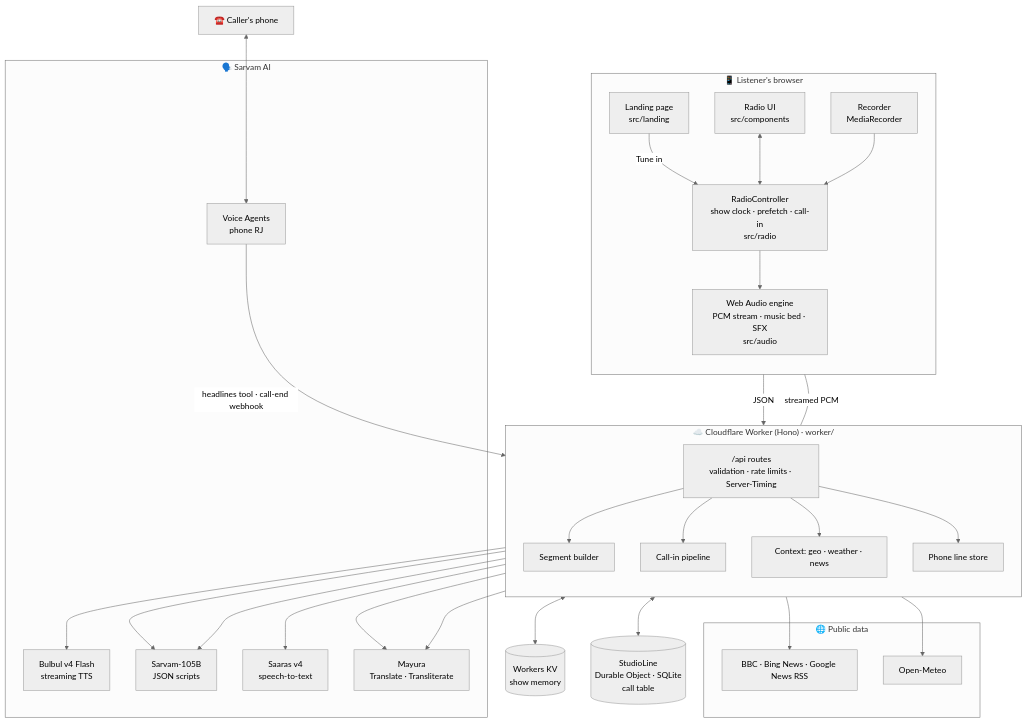
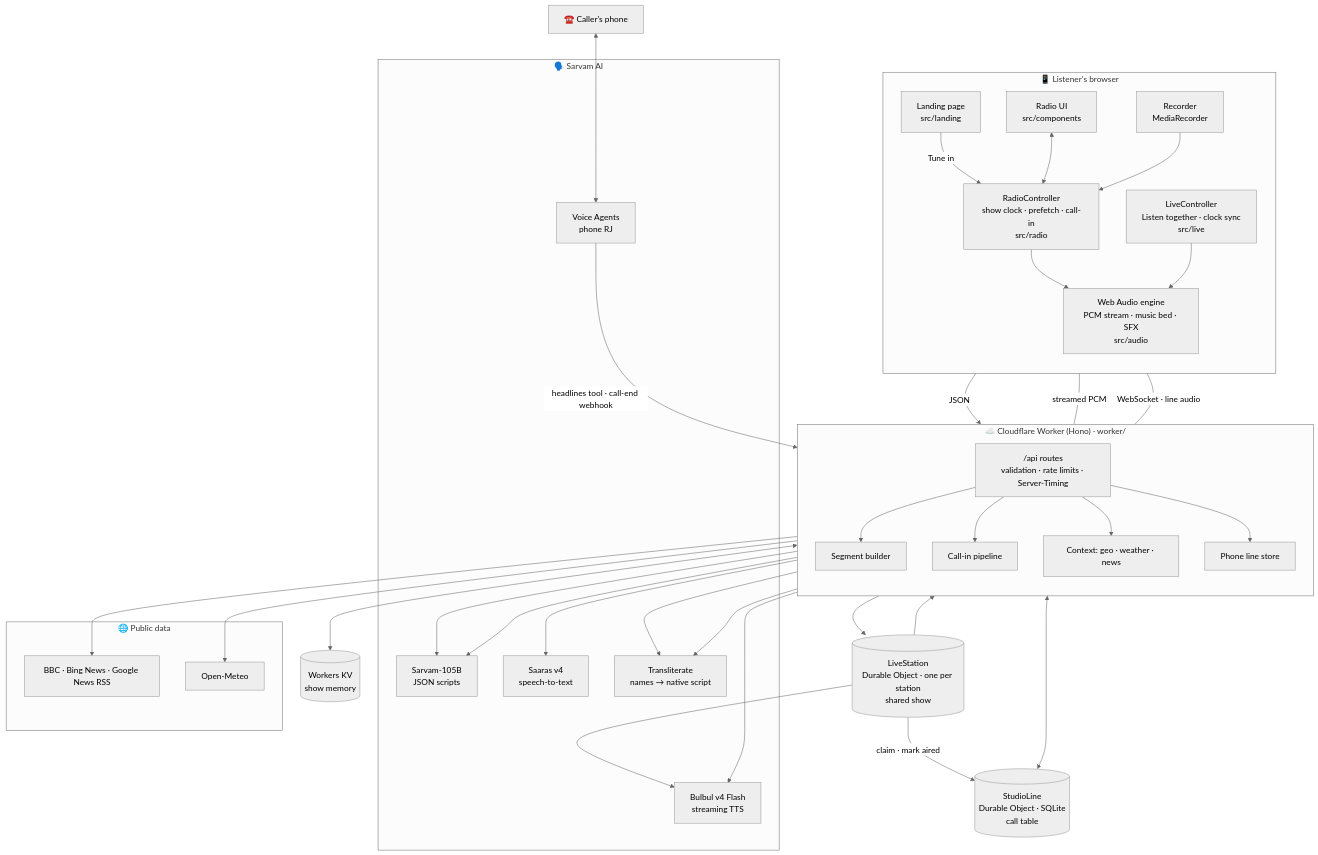
The first of 19 diagrams in docs/ARCHITECTURE.md (harshbhx/tarang-fm), drawn with Mermaid (neutral theme) before and after one commit. The commit also changed other lines of this file and 5 other files, not shown here.

Commit message:
docs: Listen together, its screenshots, and subtitles written with the script

````diff
--- a/docs/ARCHITECTURE.md
+++ b/docs/ARCHITECTURE.md
@@ -28,53 +29,60 @@
 ```mermaid
 flowchart TB
   subgraph Listener["📱 Listener's browser"]
     direction TB
     LAND["Landing page<br/>src/landing"]
     RADIO["Radio UI<br/>src/components"]
     CTRL["RadioController<br/>show clock · prefetch · call-in<br/>src/radio"]
     ENG["Web Audio engine<br/>PCM stream · music bed · SFX<br/>src/audio"]
     REC["Recorder<br/>MediaRecorder"]
+    LIVEC["LiveController<br/>Listen together · clock sync<br/>src/live"]
     LAND -->|Tune in| CTRL
     RADIO <--> CTRL
     CTRL --> ENG
     REC --> CTRL
+    LIVEC --> ENG
   end
 
   subgraph Edge["☁️ Cloudflare Worker (Hono) · worker/"]
     direction TB
     API["/api routes<br/>validation · rate limits · Server-Timing"]
     SEG["Segment builder"]
     CALL["Call-in pipeline"]
     CTX["Context: geo · weather · news"]
     PH["Phone line store"]
     API --> SEG & CALL & CTX & PH
   end
 
   subgraph Sarvam["🗣️ Sarvam AI"]
     TTS["Bulbul v4 Flash<br/>streaming TTS"]
     LLM["Sarvam-105B<br/>JSON scripts"]
     STT["Saaras v4<br/>speech-to-text"]
-    TR["Mayura<br/>Translate · Transliterate"]
+    TR["Transliterate<br/>names → native script"]
     VA["Voice Agents<br/>phone RJ"]
   end
 
   subgraph Outside["🌐 Public data"]
     NEWS["BBC · Bing News · Google News RSS"]
     WX["Open-Meteo"]
   end
 
   KV[("Workers KV<br/>show memory")]
   DO[("StudioLine<br/>Durable Object · SQLite<br/>call table")]
+  LIVE[("LiveStation<br/>Durable Object · one per station<br/>shared show")]
   PHONE["☎️ Caller's phone"]
 
   CTRL -- "JSON" --> API
   ENG -- "streamed PCM" --- API
+  LIVEC -- "WebSocket · line audio" --- API
+  API --> LIVE
+  LIVE --> SEG & TTS
+  LIVE -- "claim · mark aired" --> DO
   SEG --> LLM & TR
   API --> TTS
   CALL --> STT & LLM & TR
   CTX --> NEWS & WX
   PH <--> DO
   SEG <--> KV
   PHONE <--> VA
   VA -- "headlines tool · call-end webhook" --> API
 ```
````
